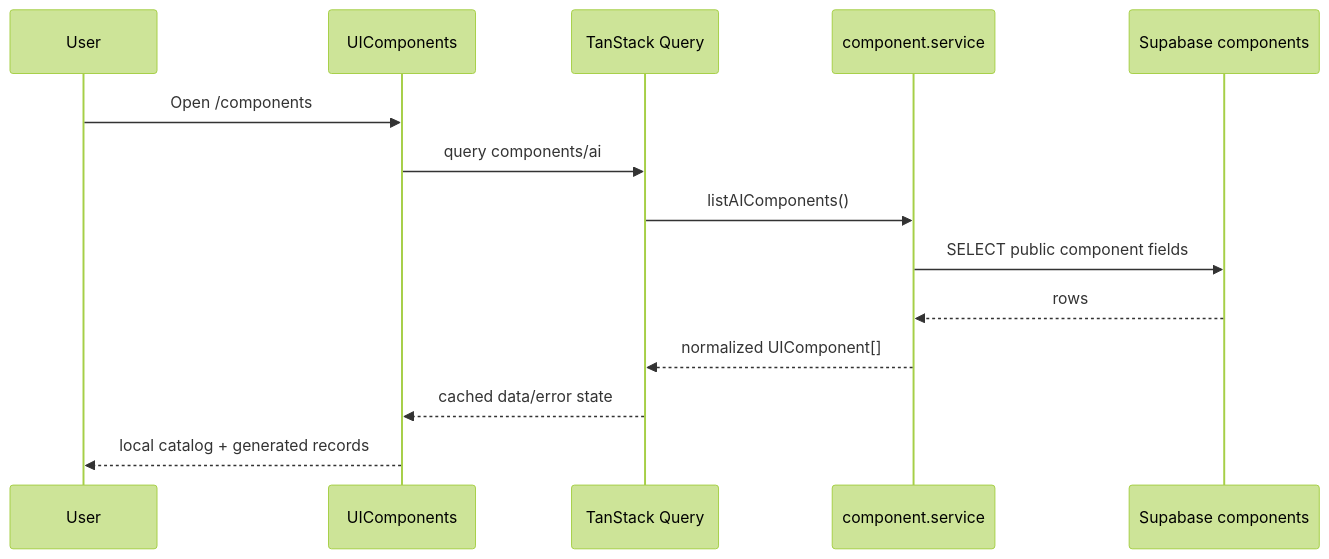
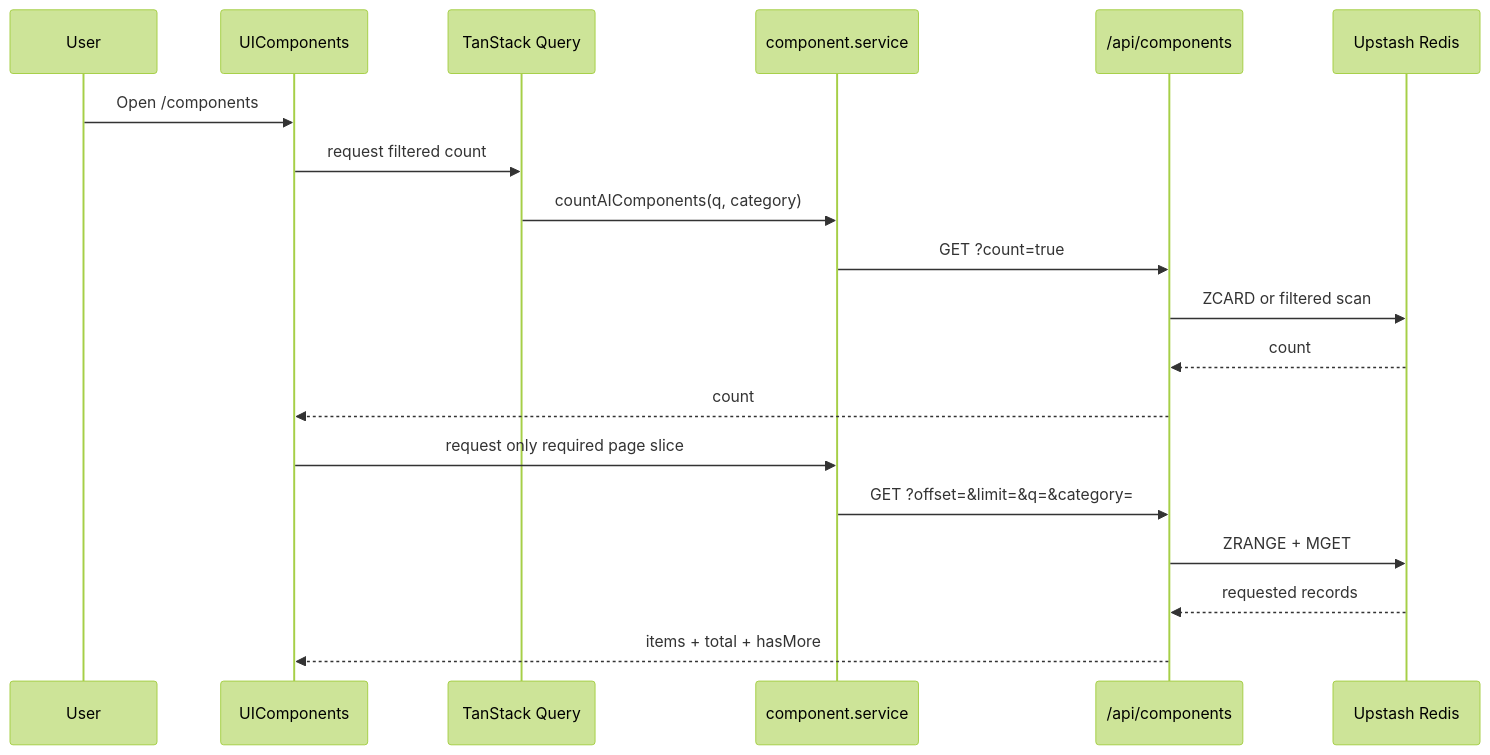
The second of 4 diagrams in DOCUMENTATION.md (DominceAseberos/live-pixvault), drawn with Mermaid (forest theme) before and after one commit. The commit also changed other lines of this file and 26 other files, not shown here.

Commit message:
migrate-pixvault-to-upstash-and-rebuild-component-library

````diff
--- a/DOCUMENTATION.md
+++ b/DOCUMENTATION.md
@@ -187,17 +240,23 @@
 ```mermaid
 sequenceDiagram
   participant U as User
   participant UI as UIComponents
   participant Q as TanStack Query
   participant S as component.service
-  participant DB as Supabase components
+  participant API as /api/components
+  participant R as Upstash Redis
 
   U->>UI: Open /components
-  UI->>Q: query components/ai
-  Q->>S: listAIComponents()
-  S->>DB: SELECT public component fields
-  DB-->>S: rows
-  S-->>Q: normalized UIComponent[]
-  Q-->>UI: cached data/error state
-  UI-->>U: local catalog + generated records
+  UI->>Q: request filtered count
+  Q->>S: countAIComponents(q, category)
+  S->>API: GET ?count=true
+  API->>R: ZCARD or filtered scan
+  R-->>API: count
+  API-->>UI: count
+
+  UI->>S: request only required page slice
+  S->>API: GET ?offset=&limit=&q=&category=
+  API->>R: ZRANGE + MGET
+  R-->>API: requested records
+  API-->>UI: items + total + hasMore
 ```
````
